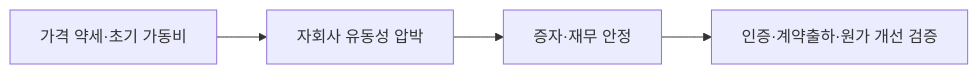
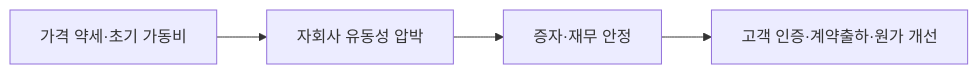
One commit to arik1988/posco-market-sensing-wiki changed the diagram in market-sensing-wiki/signals/SIG-E2291E5912D0.md. Above: the diagram before and after it, drawn with Mermaid. The commit also changed other lines of this file and 143 other files, not shown here.

````diff
--- a/market-sensing-wiki/signals/SIG-E2291E5912D0.md
+++ b/market-sensing-wiki/signals/SIG-E2291E5912D0.md
@@ -47,6 +49,6 @@
 ```mermaid
 flowchart LR
  A[가격 약세·초기 가동비] --> B[자회사 유동성 압박]
  B --> C[증자·재무 안정]
- C --> D[인증·계약출하·원가 개선 검증]
+ C --> D[고객 인증·계약출하·원가 개선]
 ```
````
